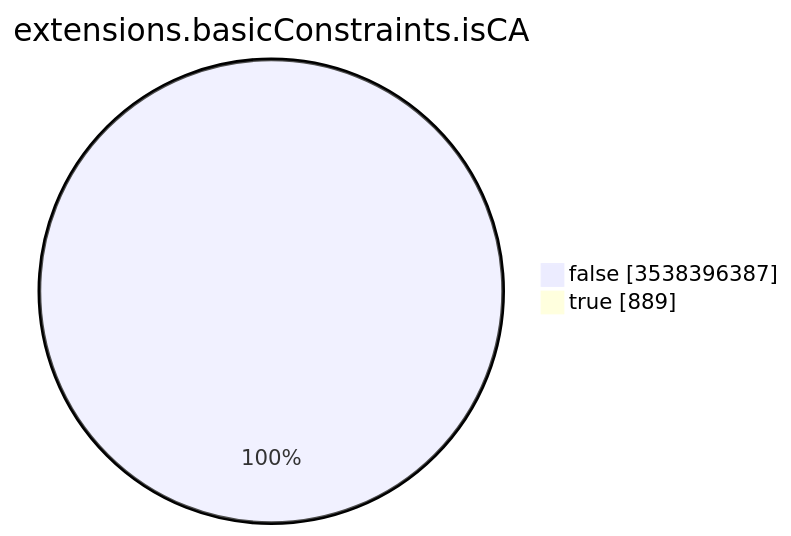
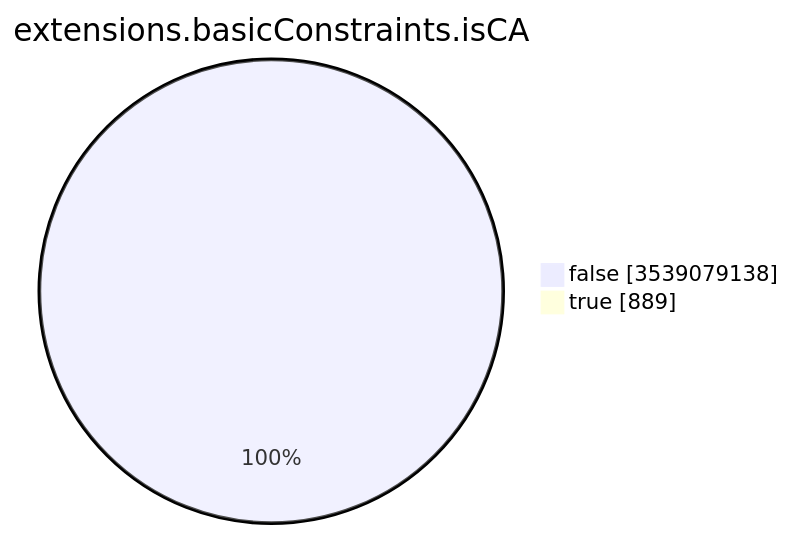
The seventh of 15 diagrams in TOTAL/README.md (christiankrug/ctmonitor_visualization), drawn with Mermaid before and after one commit. The commit also changed other lines of this file, not shown here.

````diff
--- a/TOTAL/README.md
+++ b/TOTAL/README.md
@@ -3094,6 +3094,6 @@
 ```mermaid
 pie showData
 title extensions.basicConstraints.isCA
-"false" :3538396387
+"false" :3539079138
 "true" :889
 ```
````
